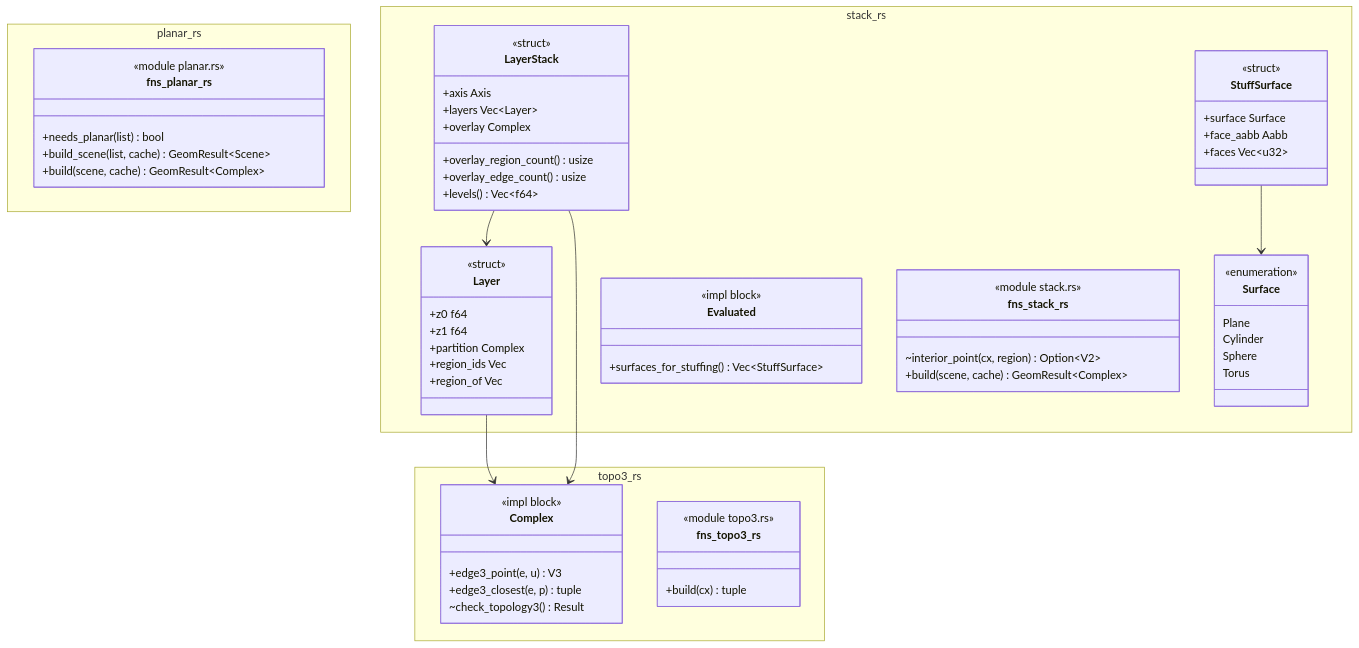
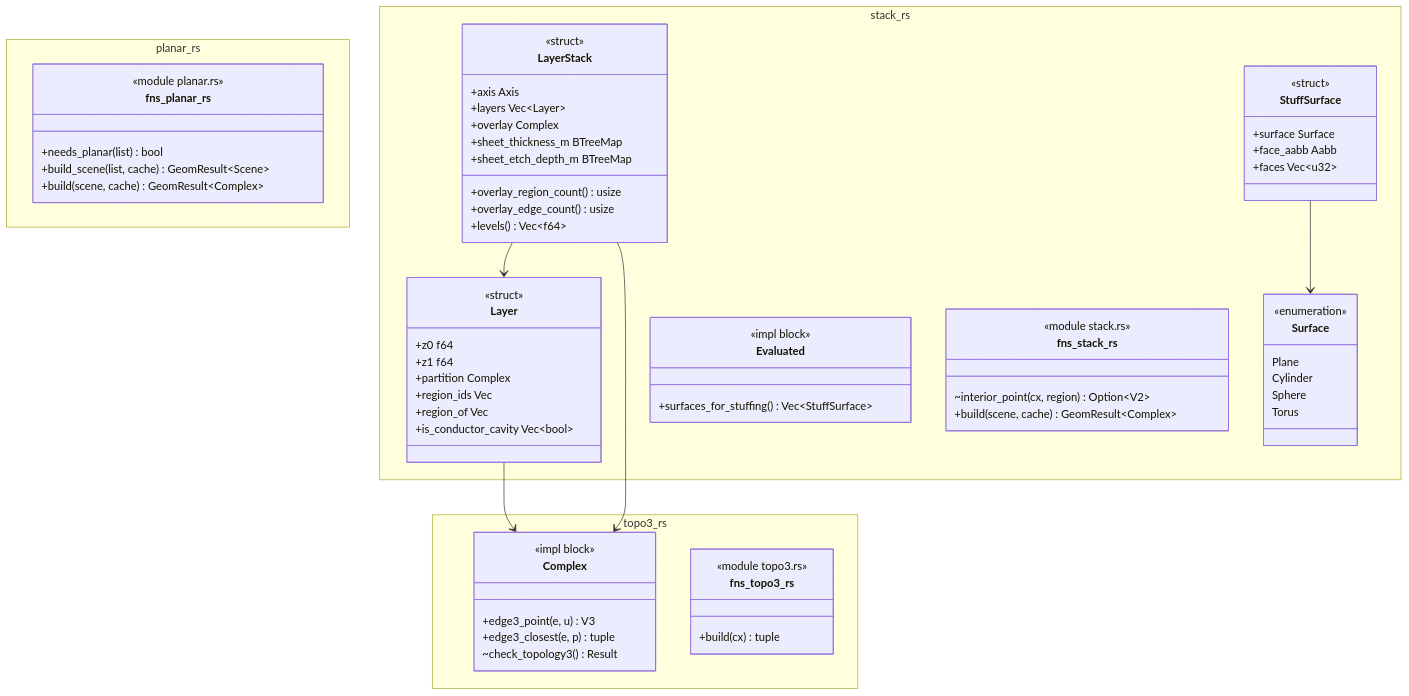
The diagram in docs/architecture/c4/4-code/geom/kernel3d.md (p-j-r/nyx), drawn with Mermaid before and after one commit. The commit also changed other lines of this file and 150 other files, not shown here.

````diff
--- a/docs/architecture/c4/4-code/geom/kernel3d.md
+++ b/docs/architecture/c4/4-code/geom/kernel3d.md
@@ -39,68 +40,71 @@
 ```mermaid
 classDiagram
   namespace planar_rs {
     class fns_planar_rs {
         <<module planar.rs>>
         +needs_planar(list) bool
         +build_scene(list, cache) GeomResult~Scene~
         +build(scene, cache) GeomResult~Complex~
     }
   }
   namespace stack_rs {
     class Layer {
         <<struct>>
         +z0 f64
         +z1 f64
         +partition Complex
         +region_ids Vec
         +region_of Vec
+        +is_conductor_cavity Vec~bool~
     }
     class LayerStack {
         <<struct>>
         +axis Axis
         +layers Vec~Layer~
         +overlay Complex
+        +sheet_thickness_m BTreeMap
+        +sheet_etch_depth_m BTreeMap
         +overlay_region_count() usize
         +overlay_edge_count() usize
         +levels() Vec~f64~
     }
     class Surface {
         <<enumeration>>
         Plane
         Cylinder
         Sphere
         Torus
     }
     class StuffSurface {
         <<struct>>
         +surface Surface
         +face_aabb Aabb
         +faces Vec~u32~
     }
     class Evaluated {
         <<impl block>>
         +surfaces_for_stuffing() Vec~StuffSurface~
     }
     class fns_stack_rs {
         <<module stack.rs>>
         ~interior_point(cx, region) Option~V2~
         +build(scene, cache) GeomResult~Complex~
     }
   }
   namespace topo3_rs {
     class Complex {
         <<impl block>>
         +edge3_point(e, u) V3
         +edge3_closest(e, p) tuple
         ~check_topology3() Result
     }
     class fns_topo3_rs {
         <<module topo3.rs>>
         +build(cx) tuple
     }
   }
   Layer --> Complex
   LayerStack --> Layer
   LayerStack --> Complex
   StuffSurface --> Surface
 ```
````
